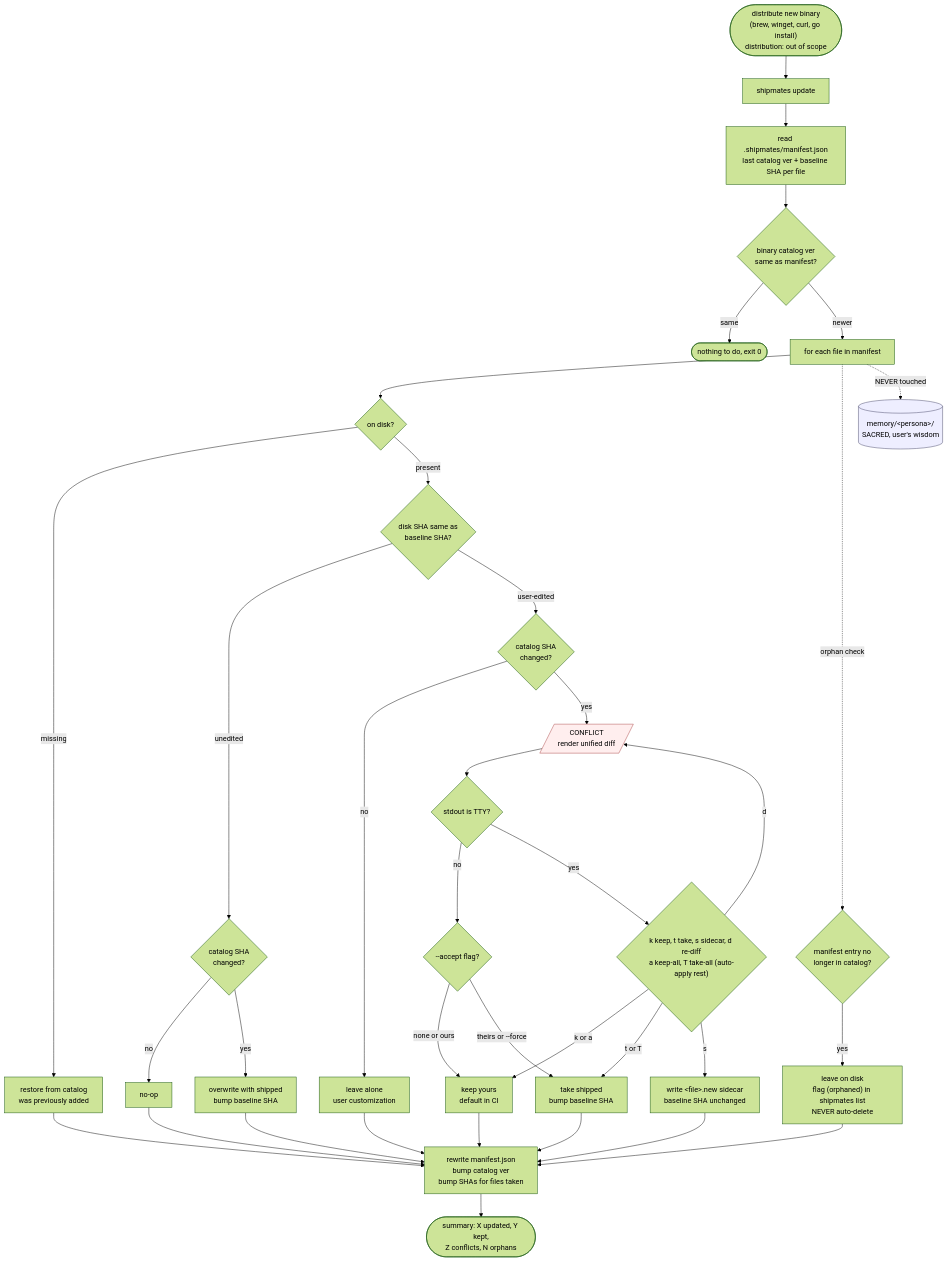
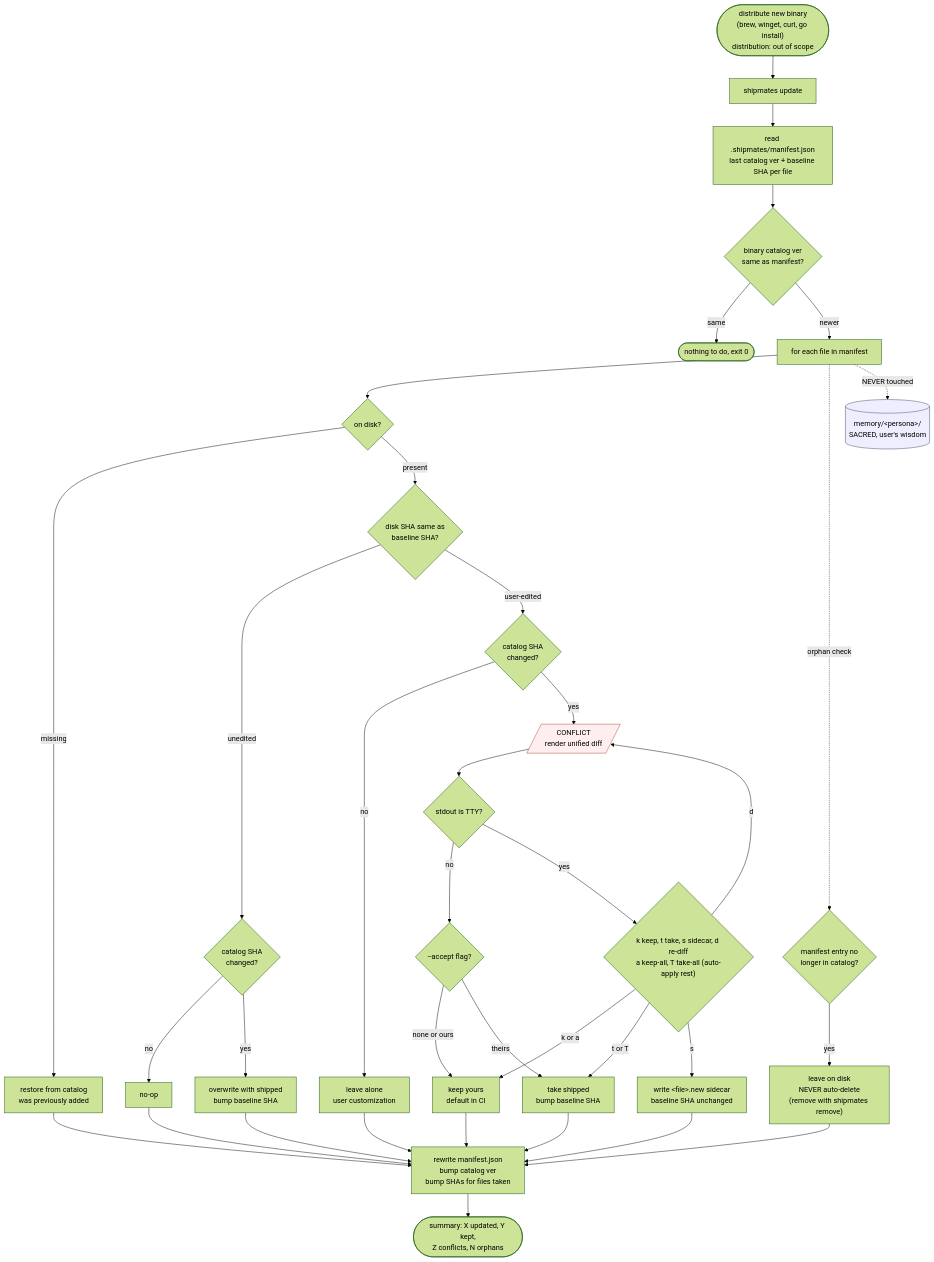
One commit to luthermonson/shipmates changed the fourth of 4 diagrams in docs/diagrams.md. Above: the diagram before and after it, drawn with Mermaid (forest theme). The commit also changed other lines of this file and 7 other files, not shown here.

````diff
--- a/docs/diagrams.md
+++ b/docs/diagrams.md
@@ -150,55 +150,55 @@
 ```mermaid
 flowchart TB
     Bin(["distribute new binary<br/>(brew, winget, curl, go install)<br/>distribution: out of scope"])
     Cmd["shipmates update"]
     Bin --> Cmd
 
     Cmd --> ReadMan["read .shipmates/manifest.json<br/>last catalog ver + baseline SHA per file"]
     ReadMan --> Ver{"binary catalog ver<br/>same as manifest?"}
     Ver -->|same| Done0(["nothing to do, exit 0"])
     Ver -->|newer| Iter["for each file in manifest"]
 
     Iter --> Disk{"on disk?"}
     Disk -->|missing| ReAdd["restore from catalog<br/>was previously added"]
     Disk -->|present| Edit{"disk SHA same as<br/>baseline SHA?"}
 
     Edit -->|unedited| CatA{"catalog SHA<br/>changed?"}
     CatA -->|no| Skip1["no-op"]
     CatA -->|yes| Over["overwrite with shipped<br/>bump baseline SHA"]
 
     Edit -->|user-edited| CatB{"catalog SHA<br/>changed?"}
     CatB -->|no| Skip2["leave alone<br/>user customization"]
     CatB -->|yes| Conflict[/"CONFLICT<br/>render unified diff"/]
 
     Conflict --> TTY{"stdout is TTY?"}
     TTY -->|no| NonTTY{"--accept flag?"}
     NonTTY -->|none or ours| Keep["keep yours<br/>default in CI"]
-    NonTTY -->|theirs or --force| Take["take shipped<br/>bump baseline SHA"]
+    NonTTY -->|theirs| Take["take shipped<br/>bump baseline SHA"]
 
     TTY -->|yes| Prompt{"k keep, t take, s sidecar, d re-diff<br/>a keep-all, T take-all (auto-apply rest)"}
     Prompt -->|k or a| Keep
     Prompt -->|t or T| Take
     Prompt -->|s| Side["write &lt;file&gt;.new sidecar<br/>baseline SHA unchanged"]
     Prompt -->|d| Conflict
 
     Iter -. orphan check .-> Orphan{"manifest entry no<br/>longer in catalog?"}
-    Orphan -->|yes| Flag["leave on disk<br/>flag (orphaned) in shipmates list<br/>NEVER auto-delete"]
+    Orphan -->|yes| Flag["leave on disk<br/>NEVER auto-delete<br/>(remove with shipmates remove)"]
 
     Iter -. NEVER touched .-> Mem[("memory/&lt;persona&gt;/<br/>SACRED, user's wisdom")]
 
     Over --> Finish
     ReAdd --> Finish
     Take --> Finish
     Keep --> Finish
     Skip1 --> Finish
     Skip2 --> Finish
     Side --> Finish
     Flag --> Finish
 
     Finish["rewrite manifest.json<br/>bump catalog ver<br/>bump SHAs for files taken"] --> Summary(["summary: X updated, Y kept,<br/>Z conflicts, N orphans"])
 
     classDef sacred fill:#eef,stroke:#446
     classDef conflict fill:#fee,stroke:#a44
     class Mem sacred
     class Conflict conflict
 ```
````
